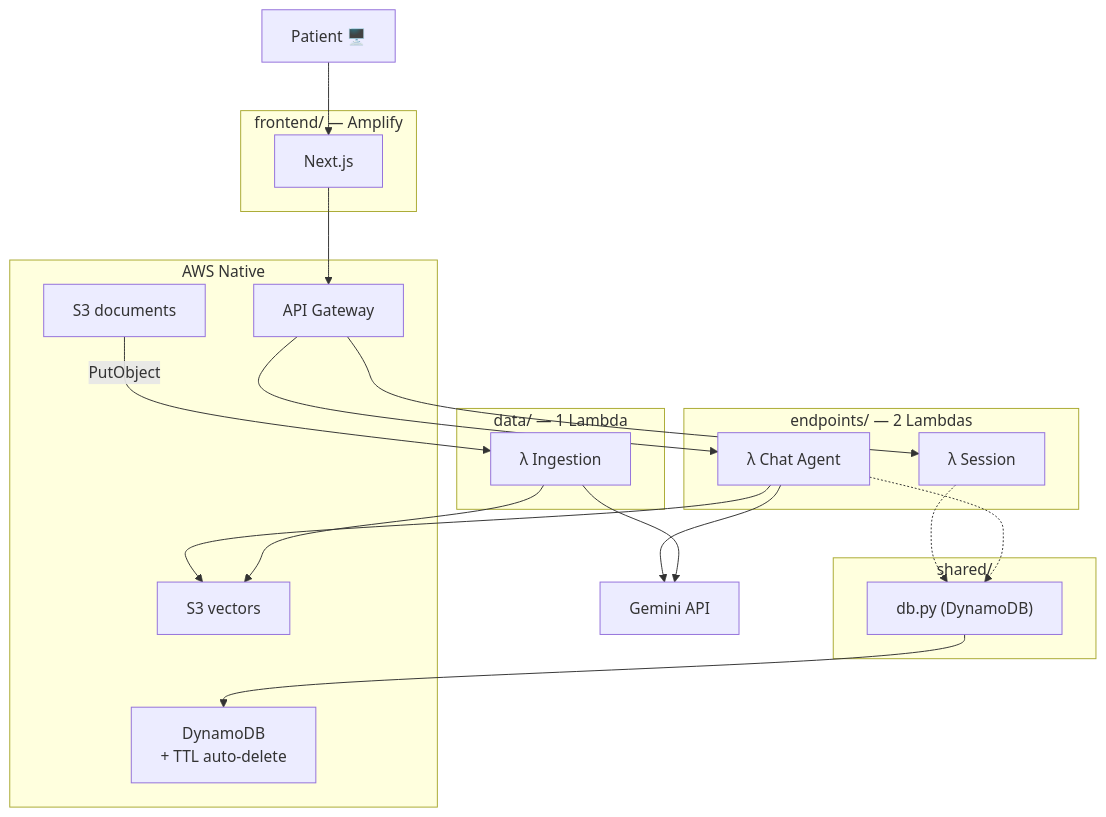
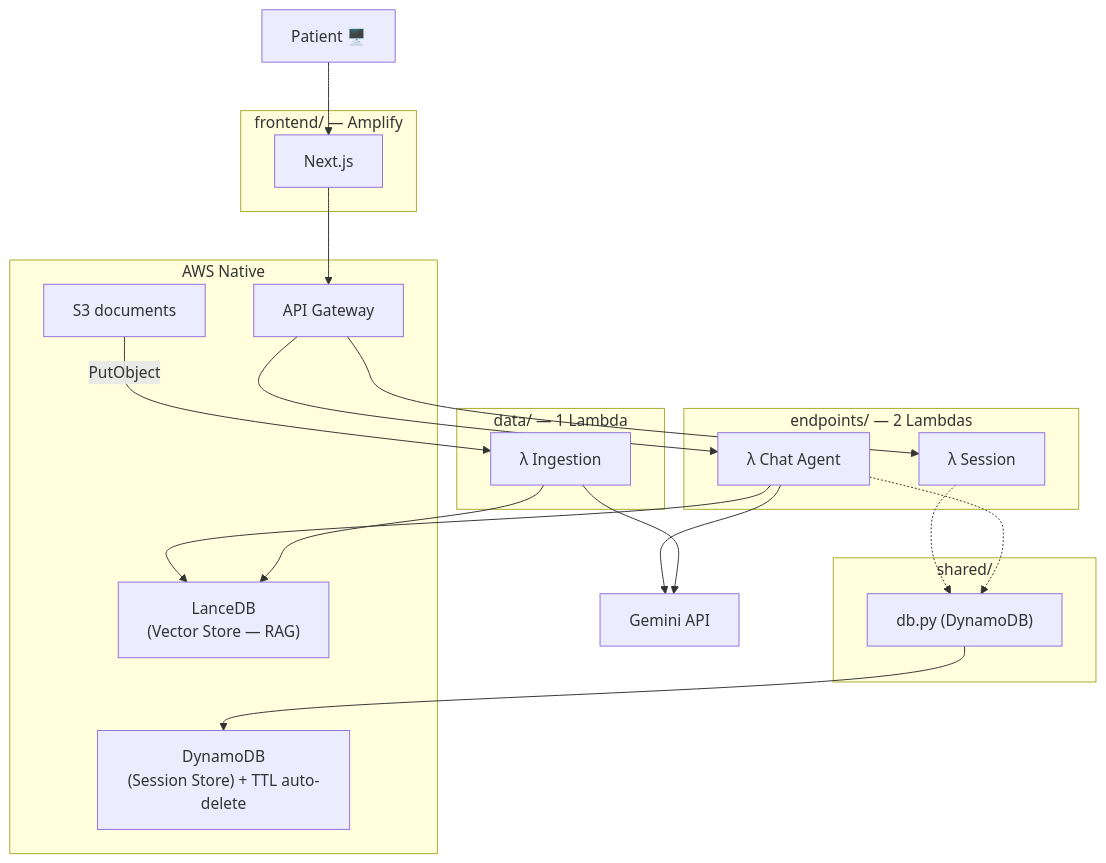
One commit to EB-WildEye/Gali changed diagram 11 of 11 in README.md. Above: the diagram before and after it, drawn with Mermaid. The commit also changed other lines of this file, not shown here.

First line of the commit message:
Clarify MongoDB as session store in README

````diff
--- a/README.md
+++ b/README.md
@@ -569,36 +587,36 @@
 ```mermaid
 flowchart TB
     subgraph FRONTEND["frontend/ — Amplify"]
         NEXT["Next.js"]
     end
 
     subgraph ENDPOINTS["endpoints/ — 2 Lambdas"]
         L1["λ Session"]
         L2["λ Chat Agent"]
     end
 
     subgraph DATA["data/ — 1 Lambda"]
         L3["λ Ingestion"]
     end
 
     subgraph SHARED["shared/"]
         DB["db.py (DynamoDB)"]
     end
 
     subgraph AWS["AWS Native"]
         GW["API Gateway"]
-        DYNAMO["DynamoDB<br/>+ TTL auto-delete"]
+        DYNAMO["DynamoDB<br/>(Session Store) + TTL auto-delete"]
         S3D["S3 documents"]
-        S3V["S3 vectors"]
+        LANCE["LanceDB<br/>(Vector Store — RAG)"]
     end
 
     PATIENT["Patient 🖥️"] --> NEXT --> GW
     GW --> L1 & L2
     S3D -->|PutObject| L3
 
     L1 & L2 -.-> DB
     DB --> DYNAMO
-    L2 --> S3V
+    L2 --> LANCE
     L2 & L3 --> GEMINI["Gemini API"]
-    L3 --> S3V
+    L3 --> LANCE
 ```
````
